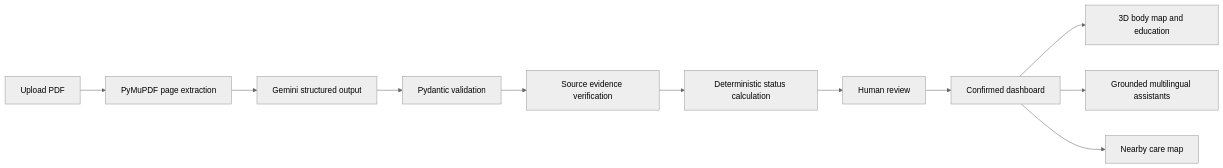
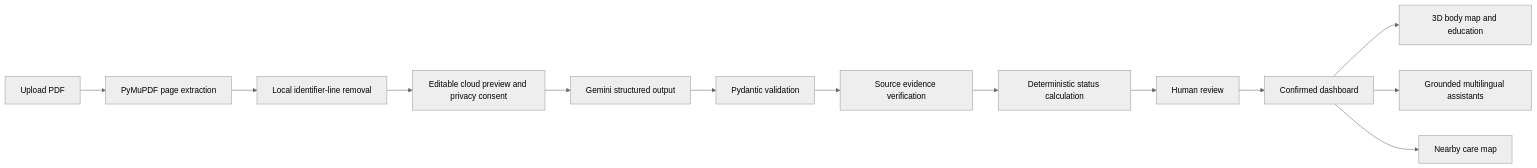
The first of 2 diagrams in README.md (Abdul-Zahid01/Clarity-Health-AI), drawn with Mermaid (neutral theme) before and after one commit. The commit also changed other lines of this file and 35 other files, not shown here.

````diff
--- a/README.md
+++ b/README.md
@@ -25,13 +25,15 @@
 ```mermaid
 flowchart LR
 	A[Upload PDF] --> B[PyMuPDF page extraction]
-	B --> C[Gemini structured output]
+	B --> P[Local identifier-line removal]
+	P --> Q[Editable cloud preview and privacy consent]
+	Q --> C[Gemini structured output]
 	C --> D[Pydantic validation]
 	D --> E[Source evidence verification]
 	E --> F[Deterministic status calculation]
 	F --> G[Human review]
 	G --> H[Confirmed dashboard]
 	H --> I[3D body map and education]
 	H --> J[Grounded multilingual assistants]
 	H --> K[Nearby care map]
 ```
````
